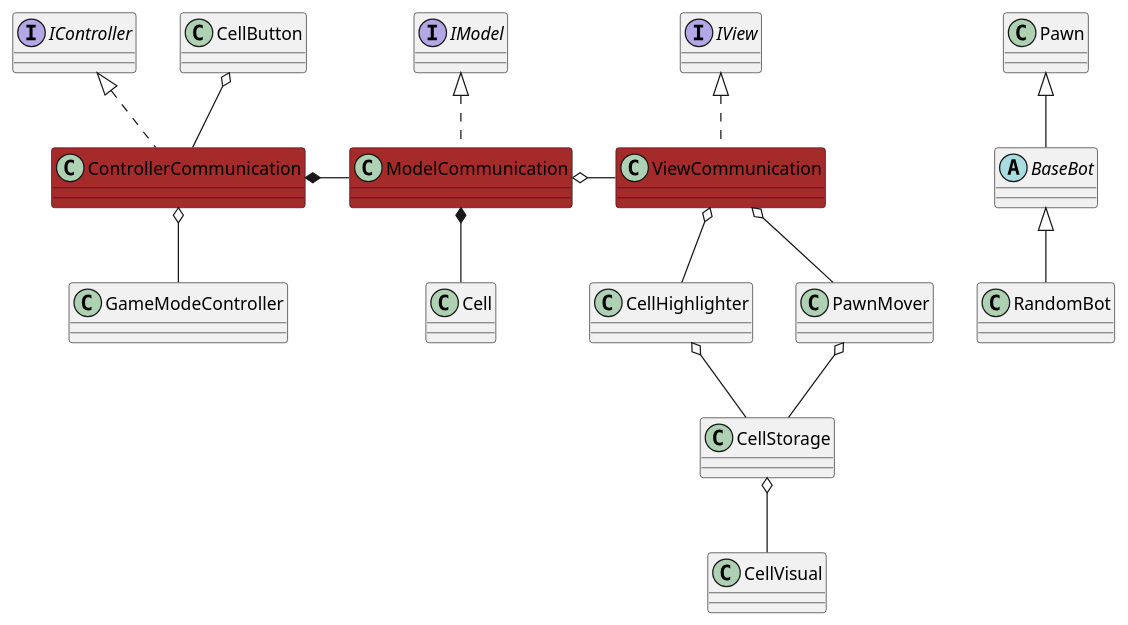
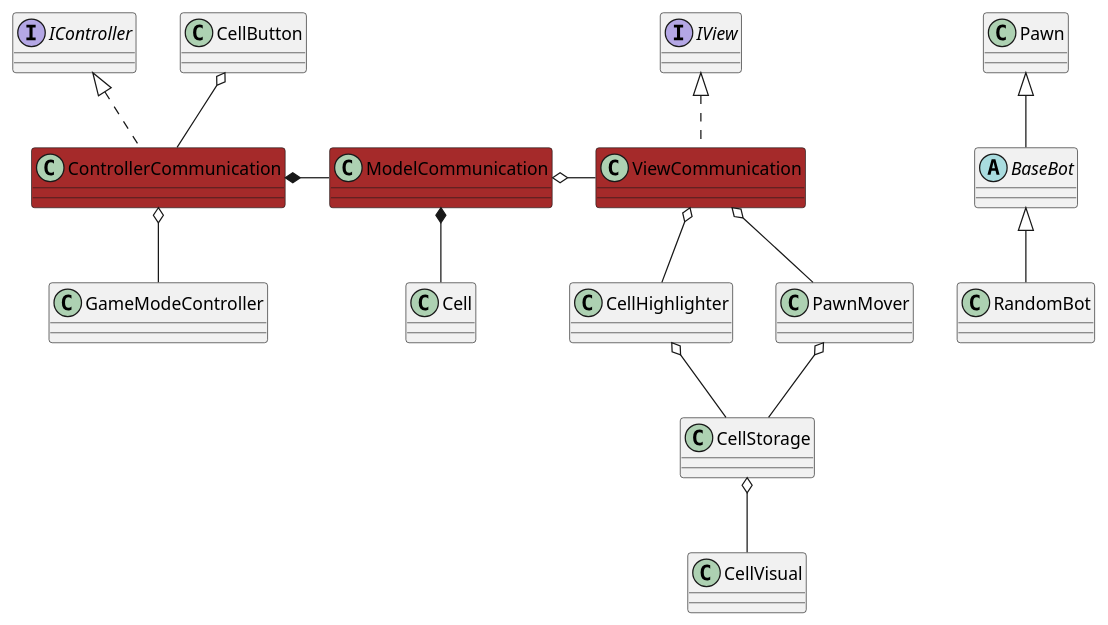
Before and after one commit to snyk04/quoridor: the diagram in Quoridor/Assets/diagram.puml, drawn with PlantUML. The commit also changed 2 other files, not shown here.

Commit message:
delete IModel + CheckCurrentPlayerVictory() refactor

```diff
--- a/Quoridor/Assets/diagram.puml
+++ b/Quoridor/Assets/diagram.puml
@@ -1,62 +1,58 @@
 @startuml
 'https://plantuml.com/sequence-diagram
 
 class Pawn
 abstract class BaseBot
 class RandomBot
     
 Pawn <|-- BaseBot
 BaseBot <|-- RandomBot
 
 '-----Model-----'
-
-interface IModel
     
 class ModelCommunication #brown
 
 class Cell
     
-IModel <|.. ModelCommunication
-
 ModelCommunication o- ViewCommunication
 
 ModelCommunication *-- Cell
     
 '-----View-----'
 
 interface IView
     
 class ViewCommunication #brown
 
 class CellHighlighter
 class CellStorage
 class CellVisual
 class PawnMover
     
 IView <|..  ViewCommunication
 
 ViewCommunication o-- CellHighlighter
 ViewCommunication o-- PawnMover
 CellHighlighter o-- CellStorage
 PawnMover o-- CellStorage
 CellStorage o-- CellVisual
 
 '-----Controller-----'
 
 interface IController
 
 class ControllerCommunication #brown
 
 class GameModeController
 class CellButton
 
 IController <|.. ControllerCommunication
 
 ControllerCommunication *- ModelCommunication
 
 ControllerCommunication o-- GameModeController
 CellButton o-- ControllerCommunication
 
 
 
 @enduml
```
